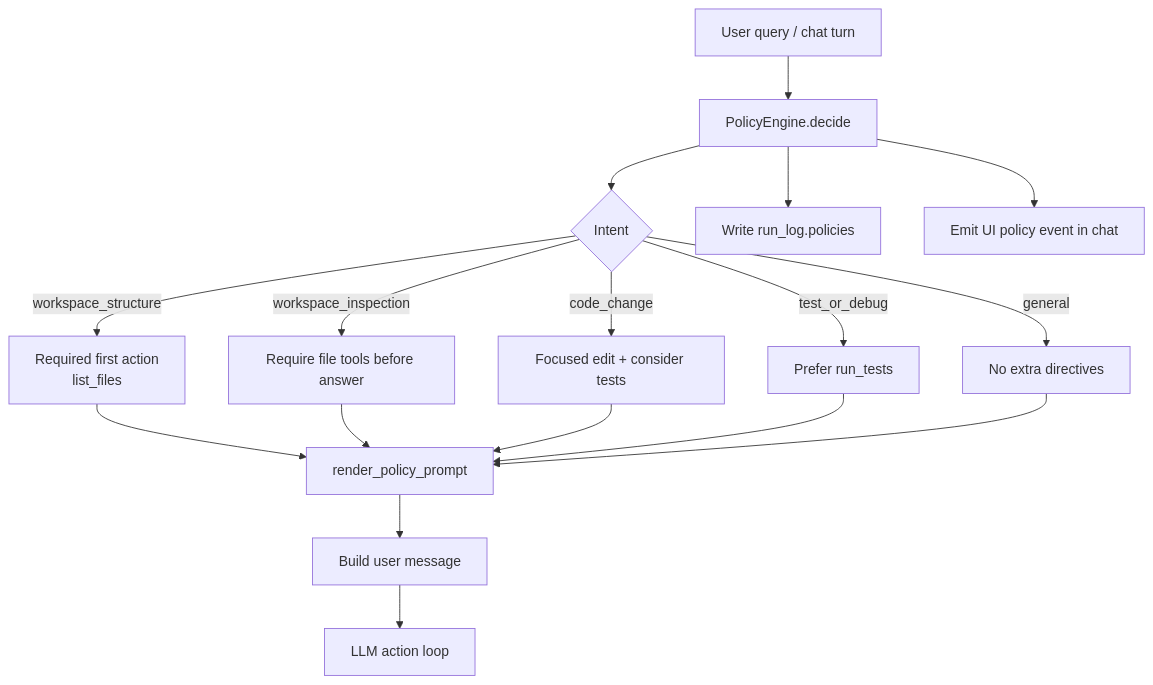
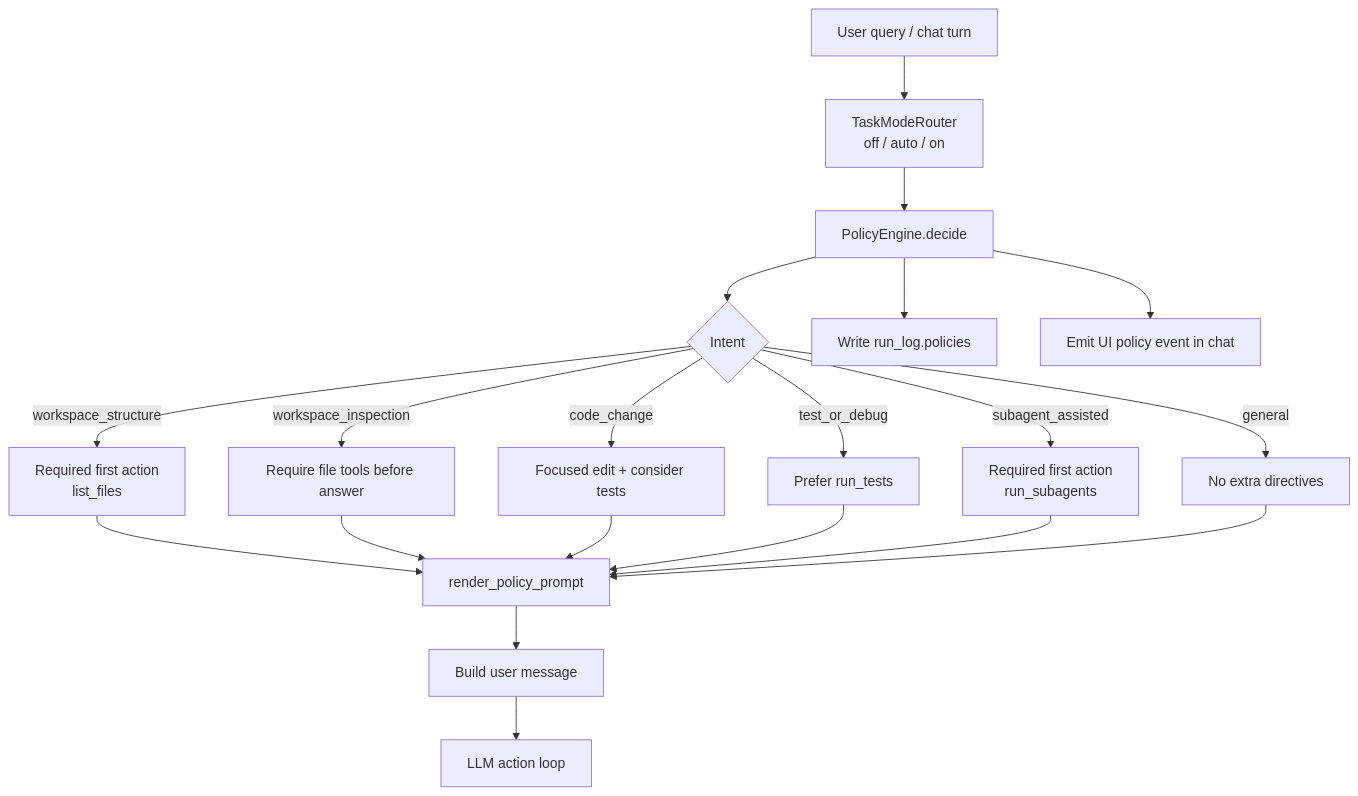
One commit to Cachuela11/MiniCode changed the fifth of 15 diagrams in README.md. Above: the diagram before and after it, drawn with Mermaid. The commit also changed other lines of this file and 8 other files, not shown here.

````diff
--- a/README.md
+++ b/README.md
@@ -242,19 +260,22 @@
 ```mermaid
 flowchart TD
-    A[User query / chat turn] --> B[PolicyEngine.decide]
+    A[User query / chat turn] --> T[TaskModeRouter<br/>off / auto / on]
+    T --> B[PolicyEngine.decide]
     B --> C{Intent}
     C -->|workspace_structure| D[Required first action<br/>list_files]
     C -->|workspace_inspection| E[Require file tools before answer]
     C -->|code_change| F[Focused edit + consider tests]
     C -->|test_or_debug| G[Prefer run_tests]
+    C -->|subagent_assisted| S[Required first action<br/>run_subagents]
     C -->|general| H[No extra directives]
     D --> I[render_policy_prompt]
     E --> I
     F --> I
     G --> I
+    S --> I
     H --> I
     I --> J[Build user message]
     J --> K[LLM action loop]
     B --> L[Write run_log.policies]
     B --> M[Emit UI policy event in chat]
 ```
````
